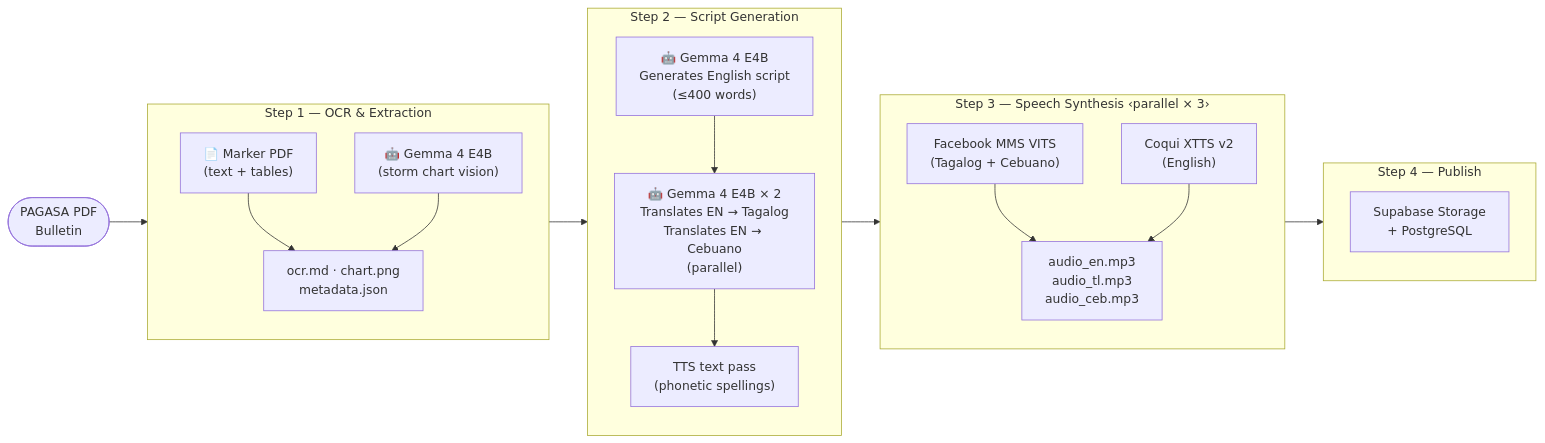
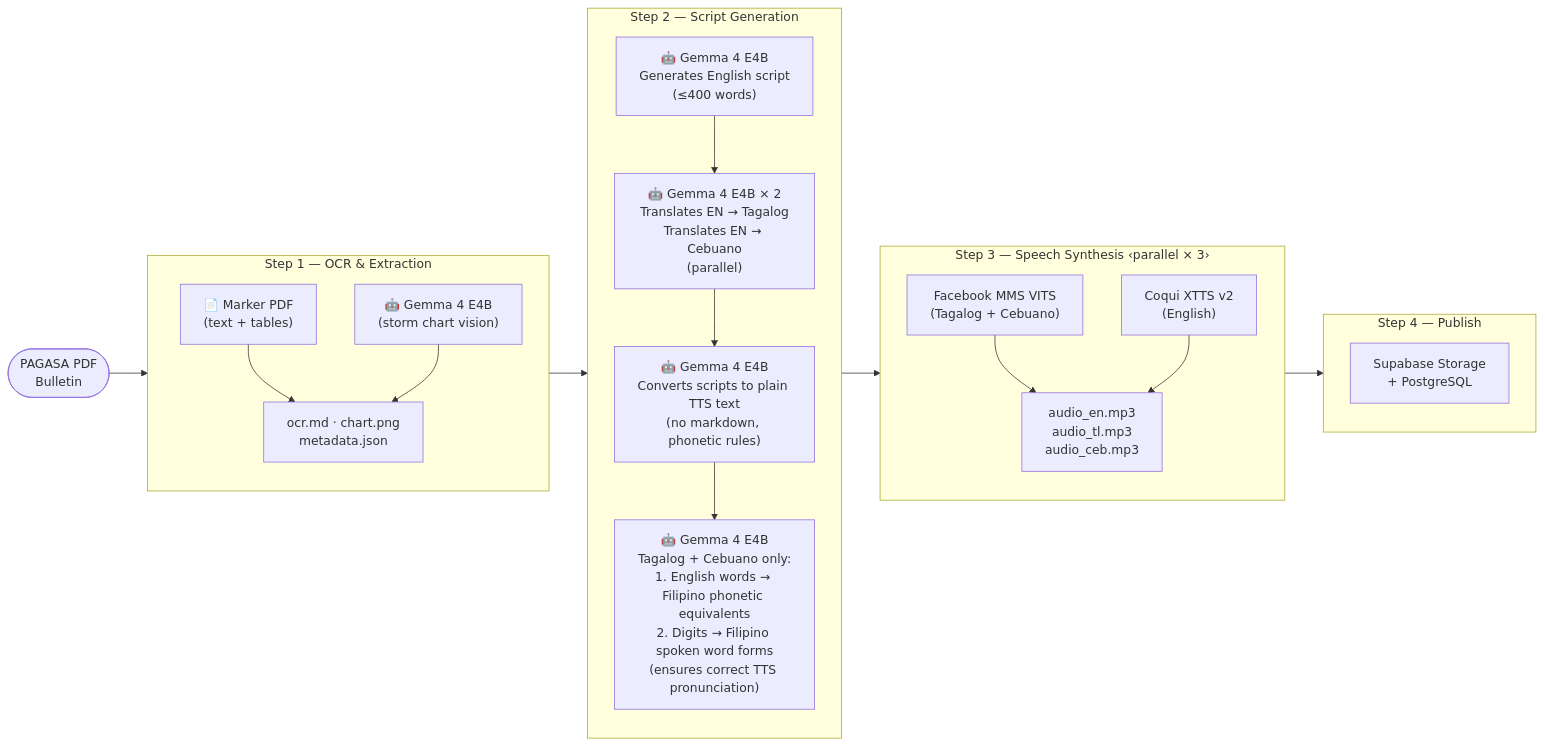
One commit to jaeyow/weatherspeak-ph changed the first of 2 diagrams in README.md. Above: the diagram before and after it, drawn with Mermaid. The commit also changed other lines of this file, not shown here.

Commit message:
docs: expand Step 2 mermaid to show TTS generation and TL/CEB cleanup passes
Add TTS text generation node and cleanup node (English words → phonetic
equivalents, digits → Filipino spoken word forms) to both diagrams.

````diff
--- a/README.md
+++ b/README.md
@@ -32,33 +32,34 @@
 ```mermaid
 flowchart LR
     PDF([PAGASA PDF\nBulletin])
 
     subgraph Step1["Step 1 — OCR & Extraction"]
         M1["📄 Marker PDF\n(text + tables)"]
         G1["🤖 Gemma 4 E4B\n(storm chart vision)"]
         OCR["ocr.md · chart.png\nmetadata.json"]
         M1 --> OCR
         G1 --> OCR
     end
 
     subgraph Step2["Step 2 — Script Generation"]
         EN["🤖 Gemma 4 E4B\nGenerates English script\n(≤400 words)"]
         TLCEB["🤖 Gemma 4 E4B × 2\nTranslates EN → Tagalog\nTranslates EN → Cebuano\n(parallel)"]
-        TTS["TTS text pass\n(phonetic spellings)"]
-        EN --> TLCEB --> TTS
+        TTS["🤖 Gemma 4 E4B\nConverts scripts to plain TTS text\n(no markdown, phonetic rules)"]
+        CLEANUP["🤖 Gemma 4 E4B\nTagalog + Cebuano only:\n1. English words → Filipino phonetic equivalents\n2. Digits → Filipino spoken word forms\n(ensures correct TTS pronunciation)"]
+        EN --> TLCEB --> TTS --> CLEANUP
     end
 
     subgraph Step3["Step 3 — Speech Synthesis  ‹parallel × 3›"]
         TTS1["Facebook MMS VITS\n(Tagalog + Cebuano)"]
         TTS2["Coqui XTTS v2\n(English)"]
         MP3["audio_en.mp3\naudio_tl.mp3\naudio_ceb.mp3"]
         TTS1 --> MP3
         TTS2 --> MP3
     end
 
     subgraph Step4["Step 4 — Publish"]
         SB["Supabase Storage\n+ PostgreSQL"]
     end
 
     PDF --> Step1 --> Step2 --> Step3 --> Step4
 ```
````
